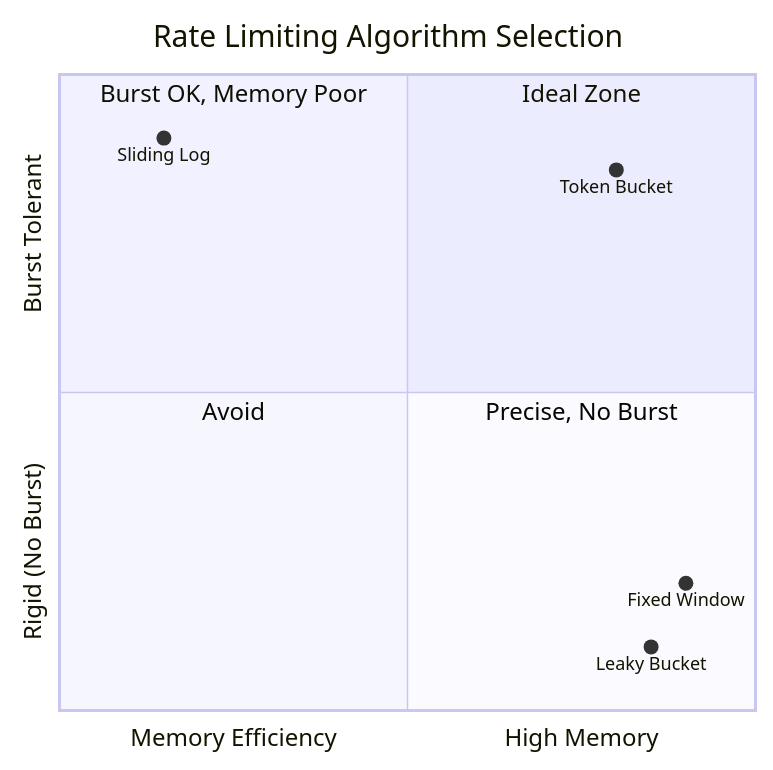
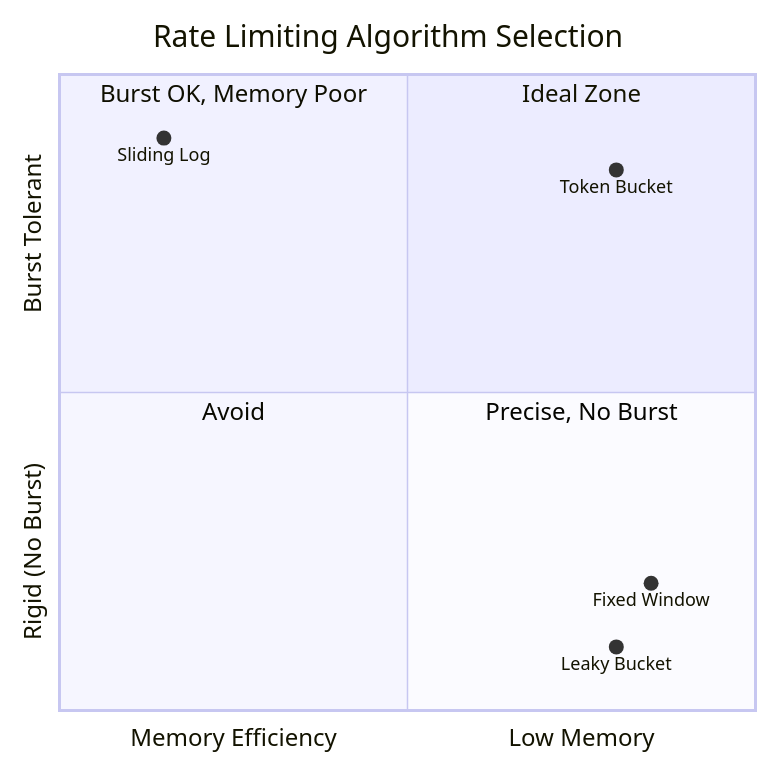
Before and after one commit to ramalokeshreddyp/RateGuard: the fifth of 17 diagrams in ARCHITECTURE.md, drawn with Mermaid. The commit also changed other lines of this file and 2 other files, not shown here.

Commit message:
docs: comprehensive rewrite of README, ARCHITECTURE, and projectdocumentation (v2.0) - 43 tests, GET /clients/:id, X-RateLimit-* headers, BCRYPT_ROUNDS, ioredis-mock, .dockerignore

````diff
--- a/ARCHITECTURE.md
+++ b/ARCHITECTURE.md
@@ -209,14 +227,14 @@
 ```mermaid
 quadrantChart
     title Rate Limiting Algorithm Selection
-    x-axis "Memory Efficiency" --> "High Memory"
+    x-axis "Memory Efficiency" --> "Low Memory"
     y-axis "Rigid (No Burst)" --> "Burst Tolerant"
     quadrant-1 Ideal Zone
     quadrant-2 Burst OK, Memory Poor
     quadrant-3 Avoid
     quadrant-4 Precise, No Burst
     Token Bucket: [0.8, 0.85]
-    Fixed Window: [0.9, 0.2]
+    Fixed Window: [0.85, 0.2]
     Sliding Log: [0.15, 0.9]
-    Leaky Bucket: [0.85, 0.1]
+    Leaky Bucket: [0.8, 0.1]
 ```
````
